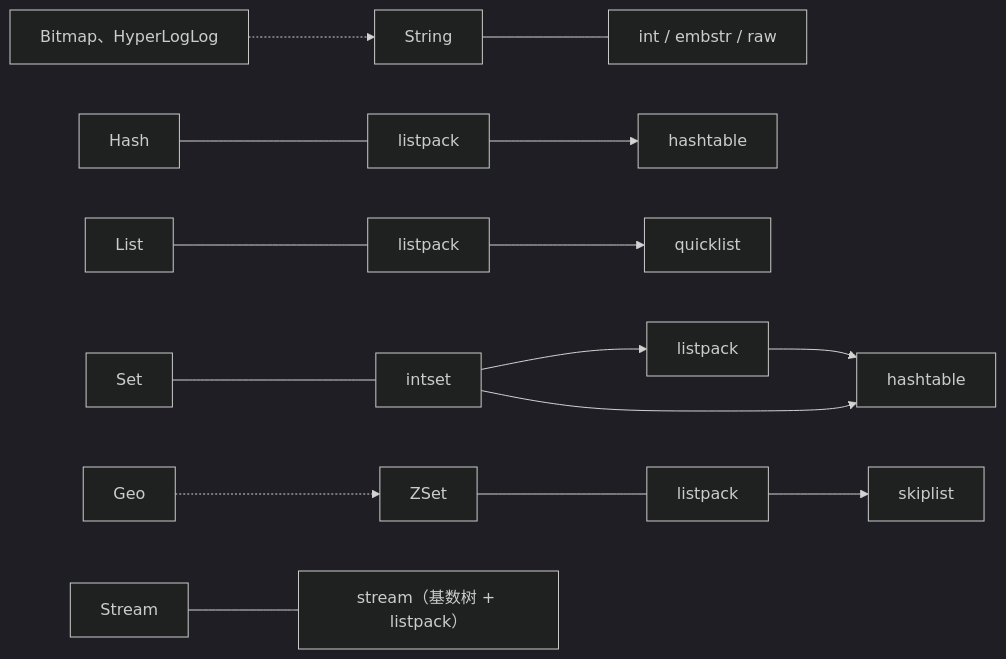
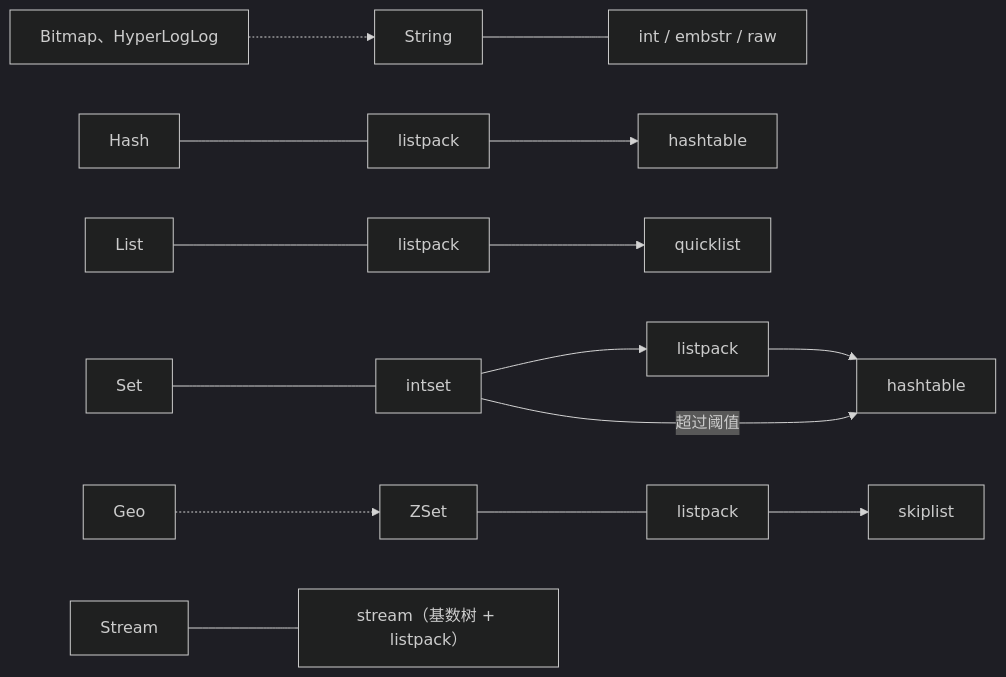
The diagram in published/posts/redis-data-structures-encoding.md (realOzine/ozine-blog), drawn with Mermaid (dark theme) before and after one commit.

Commit message:
content: 新增 0、更新 1、移除 0 篇文章

````diff
--- a/published/posts/redis-data-structures-encoding.md
+++ b/published/posts/redis-data-structures-encoding.md
@@ -63,12 +63,12 @@
 ```mermaid
 flowchart LR
     S["String"] --- S1["int / embstr / raw"]
     H["Hash"] --- H1["listpack"] --> H2["hashtable"]
     L["List"] --- L1["listpack"] --> L2["quicklist"]
     SE["Set"] --- SE0["intset"] --> SE1["listpack"] --> SE2["hashtable"]
-    SE0 --> SE2
+    SE0 -->|超过阈值| SE2
     Z["ZSet"] --- Z1["listpack"] --> Z2["skiplist"]
     ST["Stream"] --- ST1["stream（基数树 + listpack）"]
     B["Bitmap、HyperLogLog"] -.-> S
     G["Geo"] -.-> Z
 ```
````
